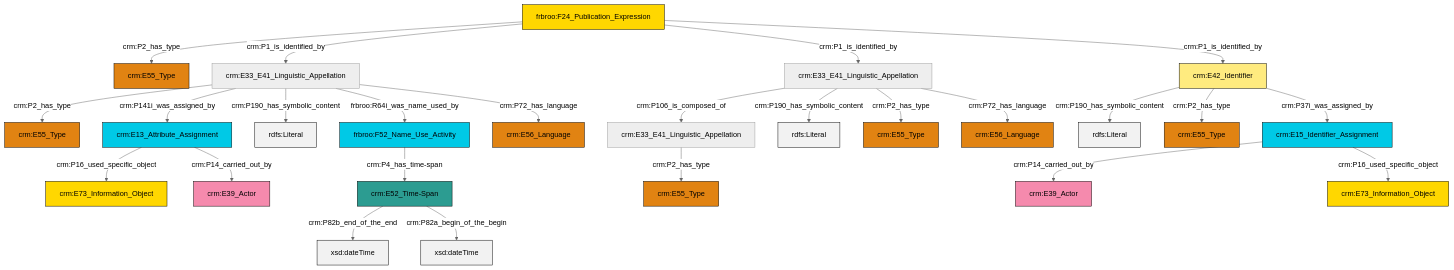
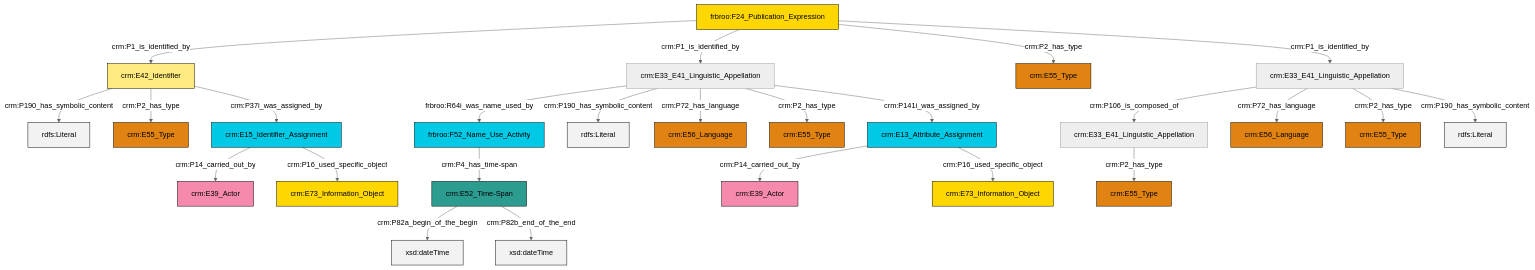
Before and after one commit to swiss-art-research-net/reference-data-models: the diagram in et/biblioCSV/ttl/mmd/biblio_name.ttl.mmd, drawn with Mermaid (neutral theme). The commit also changed 127 other files, not shown here.

```diff
--- a/et/biblioCSV/ttl/mmd/biblio_name.ttl.mmd
+++ b/et/biblioCSV/ttl/mmd/biblio_name.ttl.mmd
@@ -1,39 +1,39 @@
 graph TD
 classDef Literal fill:#f2f2f2,stroke:#000000;
 classDef CRM_Entity fill:#FFFFFF,stroke:#000000;
 classDef Temporal_Entity fill:#00C9E6, stroke:#000000;
 classDef Type fill:#E18312, stroke:#000000;
 classDef Time-Span fill:#2C9C91, stroke:#000000;
 classDef Appellation fill:#FFEB7F, stroke:#000000;
 classDef Place fill:#008836, stroke:#000000;
 classDef Persistent_Item fill:#B266B2, stroke:#000000;
 classDef Conceptual_Object fill:#FFD700, stroke:#000000;
 classDef Physical_Thing fill:#D2B48C, stroke:#000000;
 classDef Actor fill:#f58aad, stroke:#000000;
 classDef PC_Classes fill:#4ce600, stroke:#000000;
 classDef Multi fill:#cccccc,stroke:#000000;
 
-0["frbroo:F24_Publication_Expression"]:::Conceptual_Object -->|crm:P2_has_type| 1["crm:E55_Type"]:::Type
-2["frbroo:F52_Name_Use_Activity"]:::Temporal_Entity -->|crm:P4_has_time-span| 3["crm:E52_Time-Span"]:::Time-Span
-4["crm:E42_Identifier"]:::Appellation -->|crm:P190_has_symbolic_content| 5[rdfs:Literal]:::Literal
-6["crm:E15_Identifier_Assignment"]:::Temporal_Entity -->|crm:P14_carried_out_by| 7["crm:E39_Actor"]:::Actor
-8["crm:E33_E41_Linguistic_Appellation"]:::Default -->|crm:P2_has_type| 9["crm:E55_Type"]:::Type
-0["frbroo:F24_Publication_Expression"]:::Conceptual_Object -->|crm:P1_is_identified_by| 8["crm:E33_E41_Linguistic_Appellation"]:::Default
-3["crm:E52_Time-Span"]:::Time-Span -->|crm:P82b_end_of_the_end| 10[xsd:dateTime]:::Literal
-3["crm:E52_Time-Span"]:::Time-Span -->|crm:P82a_begin_of_the_begin| 12[xsd:dateTime]:::Literal
-13["crm:E33_E41_Linguistic_Appellation"]:::Default -->|crm:P106_is_composed_of| 14["crm:E33_E41_Linguistic_Appellation"]:::Default
-22["crm:E13_Attribute_Assignment"]:::Temporal_Entity -->|crm:P16_used_specific_object| 23["crm:E73_Information_Object"]:::Conceptual_Object
-8["crm:E33_E41_Linguistic_Appellation"]:::Default -->|crm:P141i_was_assigned_by| 22["crm:E13_Attribute_Assignment"]:::Temporal_Entity
-8["crm:E33_E41_Linguistic_Appellation"]:::Default -->|crm:P190_has_symbolic_content| 26[rdfs:Literal]:::Literal
-14["crm:E33_E41_Linguistic_Appellation"]:::Default -->|crm:P2_has_type| 20["crm:E55_Type"]:::Type
-4["crm:E42_Identifier"]:::Appellation -->|crm:P2_has_type| 28["crm:E55_Type"]:::Type
-4["crm:E42_Identifier"]:::Appellation -->|crm:P37i_was_assigned_by| 6["crm:E15_Identifier_Assignment"]:::Temporal_Entity
-0["frbroo:F24_Publication_Expression"]:::Conceptual_Object -->|crm:P1_is_identified_by| 13["crm:E33_E41_Linguistic_Appellation"]:::Default
-8["crm:E33_E41_Linguistic_Appellation"]:::Default -->|frbroo:R64i_was_name_used_by| 2["frbroo:F52_Name_Use_Activity"]:::Temporal_Entity
-13["crm:E33_E41_Linguistic_Appellation"]:::Default -->|crm:P190_has_symbolic_content| 40[rdfs:Literal]:::Literal
-13["crm:E33_E41_Linguistic_Appellation"]:::Default -->|crm:P2_has_type| 38["crm:E55_Type"]:::Type
-6["crm:E15_Identifier_Assignment"]:::Temporal_Entity -->|crm:P16_used_specific_object| 36["crm:E73_Information_Object"]:::Conceptual_Object
-8["crm:E33_E41_Linguistic_Appellation"]:::Default -->|crm:P72_has_language| 15["crm:E56_Language"]:::Type
-22["crm:E13_Attribute_Assignment"]:::Temporal_Entity -->|crm:P14_carried_out_by| 33["crm:E39_Actor"]:::Actor
-0["frbroo:F24_Publication_Expression"]:::Conceptual_Object -->|crm:P1_is_identified_by| 4["crm:E42_Identifier"]:::Appellation
-13["crm:E33_E41_Linguistic_Appellation"]:::Default -->|crm:P72_has_language| 18["crm:E56_Language"]:::Type
+2["crm:E33_E41_Linguistic_Appellation"]:::Default -->|crm:P106_is_composed_of| 3["crm:E33_E41_Linguistic_Appellation"]:::Default
+6["frbroo:F24_Publication_Expression"]:::Conceptual_Object -->|crm:P1_is_identified_by| 7["crm:E42_Identifier"]:::Appellation
+8["crm:E33_E41_Linguistic_Appellation"]:::Default -->|frbroo:R64i_was_name_used_by| 9["frbroo:F52_Name_Use_Activity"]:::Temporal_Entity
+2["crm:E33_E41_Linguistic_Appellation"]:::Default -->|crm:P72_has_language| 10["crm:E56_Language"]:::Type
+7["crm:E42_Identifier"]:::Appellation -->|crm:P190_has_symbolic_content| 11[rdfs:Literal]:::Literal
+12["crm:E52_Time-Span"]:::Time-Span -->|crm:P82a_begin_of_the_begin| 13[xsd:dateTime]:::Literal
+7["crm:E42_Identifier"]:::Appellation -->|crm:P2_has_type| 14["crm:E55_Type"]:::Type
+2["crm:E33_E41_Linguistic_Appellation"]:::Default -->|crm:P2_has_type| 20["crm:E55_Type"]:::Type
+12["crm:E52_Time-Span"]:::Time-Span -->|crm:P82b_end_of_the_end| 22[xsd:dateTime]:::Literal
+8["crm:E33_E41_Linguistic_Appellation"]:::Default -->|crm:P190_has_symbolic_content| 23[rdfs:Literal]:::Literal
+8["crm:E33_E41_Linguistic_Appellation"]:::Default -->|crm:P72_has_language| 0["crm:E56_Language"]:::Type
+6["frbroo:F24_Publication_Expression"]:::Conceptual_Object -->|crm:P1_is_identified_by| 8["crm:E33_E41_Linguistic_Appellation"]:::Default
+6["frbroo:F24_Publication_Expression"]:::Conceptual_Object -->|crm:P2_has_type| 33["crm:E55_Type"]:::Type
+15["crm:E15_Identifier_Assignment"]:::Temporal_Entity -->|crm:P14_carried_out_by| 34["crm:E39_Actor"]:::Actor
+15["crm:E15_Identifier_Assignment"]:::Temporal_Entity -->|crm:P16_used_specific_object| 17["crm:E73_Information_Object"]:::Conceptual_Object
+6["frbroo:F24_Publication_Expression"]:::Conceptual_Object -->|crm:P1_is_identified_by| 2["crm:E33_E41_Linguistic_Appellation"]:::Default
+8["crm:E33_E41_Linguistic_Appellation"]:::Default -->|crm:P2_has_type| 37["crm:E55_Type"]:::Type
+26["crm:E13_Attribute_Assignment"]:::Temporal_Entity -->|crm:P14_carried_out_by| 4["crm:E39_Actor"]:::Actor
+2["crm:E33_E41_Linguistic_Appellation"]:::Default -->|crm:P190_has_symbolic_content| 40[rdfs:Literal]:::Literal
+26["crm:E13_Attribute_Assignment"]:::Temporal_Entity -->|crm:P16_used_specific_object| 28["crm:E73_Information_Object"]:::Conceptual_Object
+8["crm:E33_E41_Linguistic_Appellation"]:::Default -->|crm:P141i_was_assigned_by| 26["crm:E13_Attribute_Assignment"]:::Temporal_Entity
+7["crm:E42_Identifier"]:::Appellation -->|crm:P37i_was_assigned_by| 15["crm:E15_Identifier_Assignment"]:::Temporal_Entity
+9["frbroo:F52_Name_Use_Activity"]:::Temporal_Entity -->|crm:P4_has_time-span| 12["crm:E52_Time-Span"]:::Time-Span
+3["crm:E33_E41_Linguistic_Appellation"]:::Default -->|crm:P2_has_type| 43["crm:E55_Type"]:::Type
```
